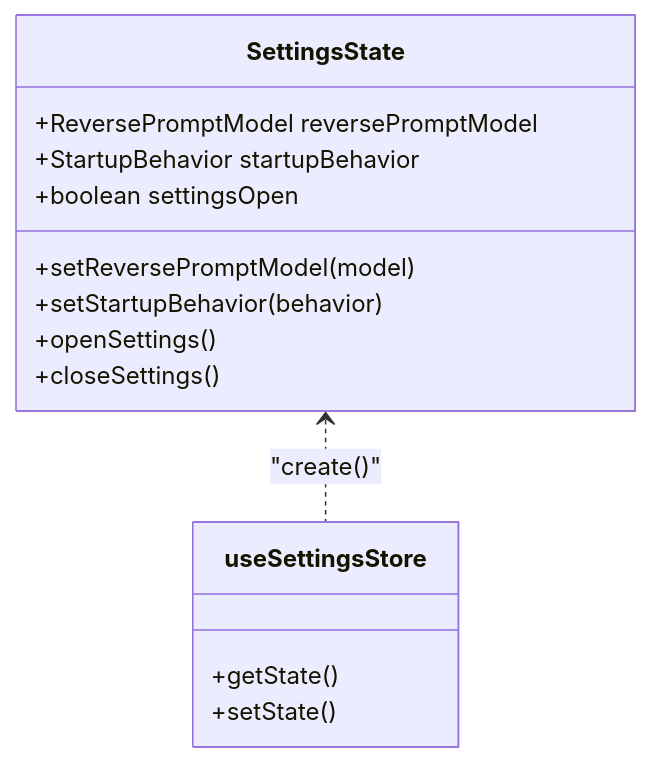
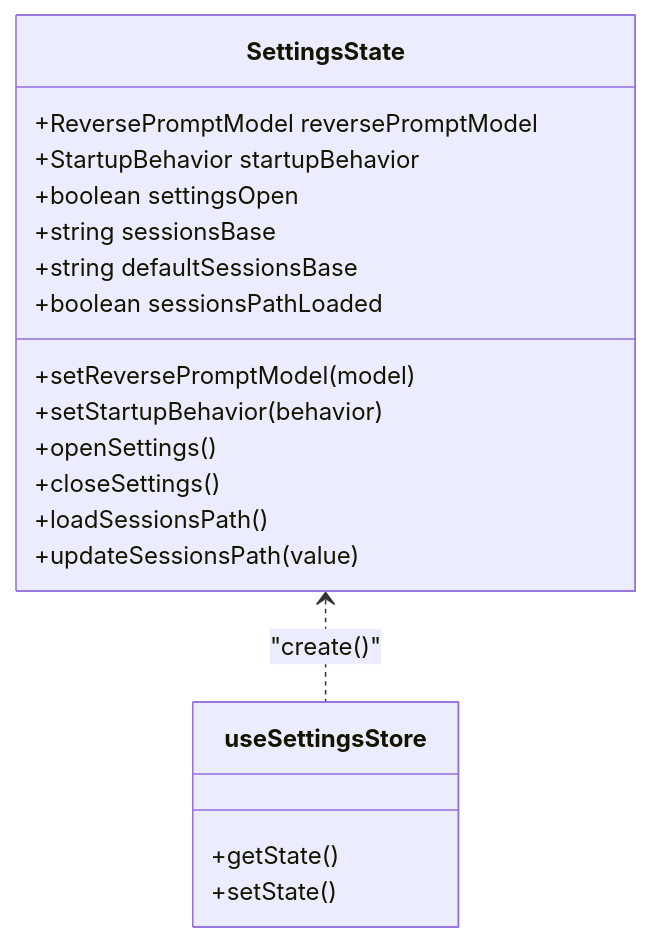
The fourth of 10 diagrams in .qoder/repowiki/zh/content/前端应用/UI 组件库/设置对话框组件.md (billye220670/CorineKit_Pix2Real), drawn with Mermaid before and after one commit. The commit also changed other lines of this file and 13 other files, not shown here.

````diff
--- a/.qoder/repowiki/zh/content/前端应用/UI 组件库/设置对话框组件.md
+++ b/.qoder/repowiki/zh/content/前端应用/UI 组件库/设置对话框组件.md
@@ -209,17 +242,22 @@
 ```mermaid
 classDiagram
 class SettingsState {
 +ReversePromptModel reversePromptModel
 +StartupBehavior startupBehavior
 +boolean settingsOpen
++string sessionsBase
++string defaultSessionsBase
++boolean sessionsPathLoaded
 +setReversePromptModel(model)
 +setStartupBehavior(behavior)
 +openSettings()
 +closeSettings()
++loadSessionsPath()
++updateSessionsPath(value)
 }
 class useSettingsStore {
 +getState()
 +setState()
 }
 SettingsState <.. useSettingsStore : "create()"
 ```
````
